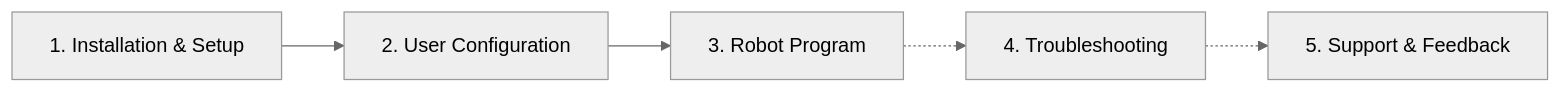
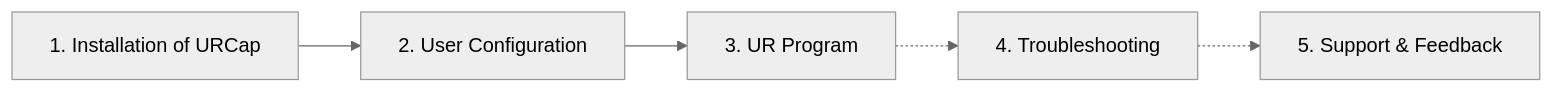
Before and after one commit to wenglor/robot-vision-ur-polyscope5: the diagram in docs/index.md, drawn with Mermaid (neutral theme). The commit also changed other lines of this file and 35 other files, not shown here.

````diff
--- a/docs/index.md
+++ b/docs/index.md
@@ -25,7 +25,7 @@
 ```mermaid
 graph LR
-    A[1. Installation & Setup] --> B[2. User Configuration]
-    B --> C[3. Robot Program]
+    A[1. Installation of URCap] --> B[2. User Configuration]
+    B --> C[3. UR Program]
     C -.-> D[4. Troubleshooting]
     D -.-> E[5. Support & Feedback]
 ```
````
